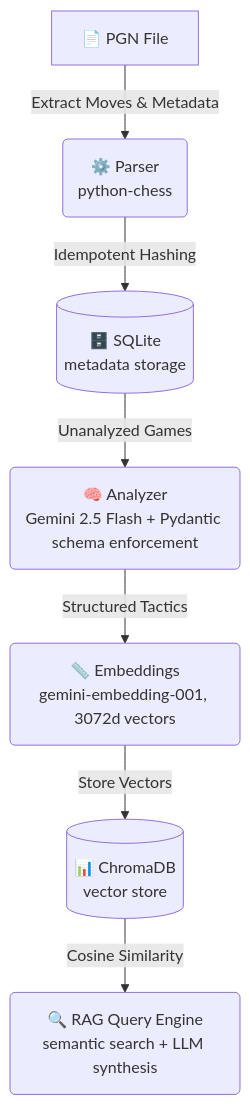
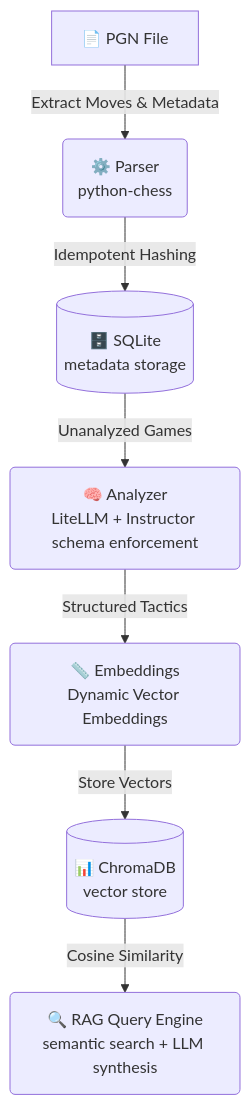
One commit to Meet-Vora/chess-analyst changed the diagram in README.md. Above: the diagram before and after it, drawn with Mermaid. The commit also changed other lines of this file and 11 other files, not shown here.

Commit message:
refactor: migrate to LiteLLM and Instructor for improved LLM integration and update documentation multi-LLM support

````diff
--- a/README.md
+++ b/README.md
@@ -36,9 +36,9 @@
 ```mermaid
 flowchart TD
     A[📄 PGN File] -->|Extract Moves & Metadata| B(⚙️ Parser<br/>python-chess)
     B -->|Idempotent Hashing| C[(🗄️ SQLite<br/>metadata storage)]
-    C -->|Unanalyzed Games| D(🧠 Analyzer<br/>Gemini 2.5 Flash + Pydantic schema enforcement)
-    D -->|Structured Tactics| E(📏 Embeddings<br/>gemini-embedding-001, 3072d vectors)
+    C -->|Unanalyzed Games| D(🧠 Analyzer<br/>LiteLLM + Instructor schema enforcement)
+    D -->|Structured Tactics| E(📏 Embeddings<br/>Dynamic Vector Embeddings)
     E -->|Store Vectors| F[(📊 ChromaDB<br/>vector store)]
     F -->|Cosine Similarity| G(🔍 RAG Query Engine<br/>semantic search + LLM synthesis)
 ```
````
